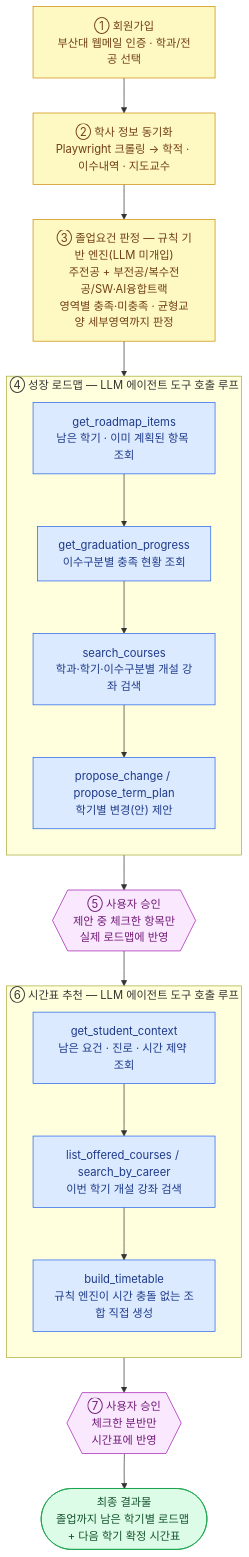
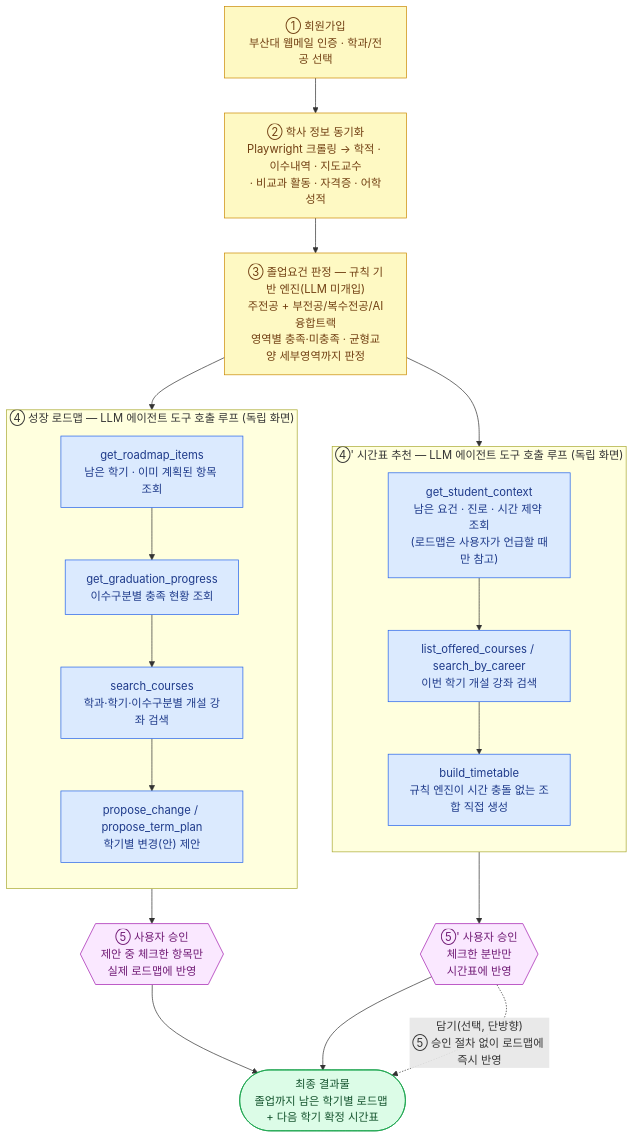
The third of 3 diagrams in README.md (PNU-2026-AI-Hackathon/pnuai-a-03-team-u), drawn with Mermaid before and after one commit. The commit also changed other lines of this file and 1 other file, not shown here.

First line of the commit message:
docs(readme): 3.1/3.2 다이어그램 — 로드맵↔시간표 독립 구조로 재구성

````diff
--- a/README.md
+++ b/README.md
@@ -159,41 +165,43 @@
 ```mermaid
 flowchart TB
     SIGNUP["① 회원가입<br/>부산대 웹메일 인증 · 학과/전공 선택"]
-    SYNC["② 학사 정보 동기화<br/>Playwright 크롤링 → 학적 · 이수내역 · 지도교수"]
-    RULE["③ 졸업요건 판정 — 규칙 기반 엔진(LLM 미개입)<br/>주전공 + 부전공/복수전공/SW·AI융합트랙<br/>영역별 충족·미충족 · 균형교양 세부영역까지 판정"]
+    SYNC["② 학사 정보 동기화<br/>Playwright 크롤링 → 학적 · 이수내역 · 지도교수<br/>· 비교과 활동 · 자격증 · 어학성적"]
+    RULE["③ 졸업요건 판정 — 규칙 기반 엔진(LLM 미개입)<br/>주전공 + 부전공/복수전공/AI융합트랙<br/>영역별 충족·미충족 · 균형교양 세부영역까지 판정"]
 
-    subgraph RM["④ 성장 로드맵 — LLM 에이전트 도구 호출 루프"]
+    subgraph RM["④ 성장 로드맵 — LLM 에이전트 도구 호출 루프 (독립 화면)"]
         direction TB
         RM1["get_roadmap_items<br/>남은 학기 · 이미 계획된 항목 조회"]
         RM2["get_graduation_progress<br/>이수구분별 충족 현황 조회"]
         RM3["search_courses<br/>학과·학기·이수구분별 개설 강좌 검색"]
         RM4["propose_change / propose_term_plan<br/>학기별 변경(안) 제안"]
         RM1 --> RM2 --> RM3 --> RM4
     end
 
-    APPROVE1{{"⑤ 사용자 승인<br/>제안 중 체크한 항목만<br/>실제 로드맵에 반영"}}
-
-    subgraph TT["⑥ 시간표 추천 — LLM 에이전트 도구 호출 루프"]
+    subgraph TT["④' 시간표 추천 — LLM 에이전트 도구 호출 루프 (독립 화면)"]
         direction TB
-        TT1["get_student_context<br/>남은 요건 · 진로 · 시간 제약 조회"]
+        TT1["get_student_context<br/>남은 요건 · 진로 · 시간 제약 조회<br/>(로드맵은 사용자가 언급할 때만 참고)"]
         TT2["list_offered_courses / search_by_career<br/>이번 학기 개설 강좌 검색"]
         TT3["build_timetable<br/>규칙 엔진이 시간 충돌 없는 조합 직접 생성"]
         TT1 --> TT2 --> TT3
     end
 
-    APPROVE2{{"⑦ 사용자 승인<br/>체크한 분반만<br/>시간표에 반영"}}
+    APPROVE1{{"⑤ 사용자 승인<br/>제안 중 체크한 항목만<br/>실제 로드맵에 반영"}}
+    APPROVE2{{"⑤' 사용자 승인<br/>체크한 분반만<br/>시간표에 반영"}}
     RESULT(["최종 결과물<br/>졸업까지 남은 학기별 로드맵 + 다음 학기 확정 시간표"])
 
-    SIGNUP --> SYNC --> RULE --> RM
-    RM4 --> APPROVE1 --> TT
+    SIGNUP --> SYNC --> RULE
+    RULE --> RM
+    RULE --> TT
+    RM4 --> APPROVE1 --> RESULT
     TT3 --> APPROVE2 --> RESULT
+    APPROVE2 -. "담기(선택, 단방향)<br/>⑤ 승인 절차 없이 로드맵에 즉시 반영" .-> RESULT
 
     classDef rule fill:#fef9c3,stroke:#ca8a04,color:#713f12
     classDef agent fill:#dbeafe,stroke:#2563eb,color:#1e3a8a
     classDef human fill:#fae8ff,stroke:#a21caf,color:#701a75
     classDef result fill:#dcfce7,stroke:#16a34a,color:#14532d
     class SIGNUP,SYNC,RULE rule
     class RM1,RM2,RM3,RM4,TT1,TT2,TT3 agent
     class APPROVE1,APPROVE2 human
     class RESULT result
 ```
````
